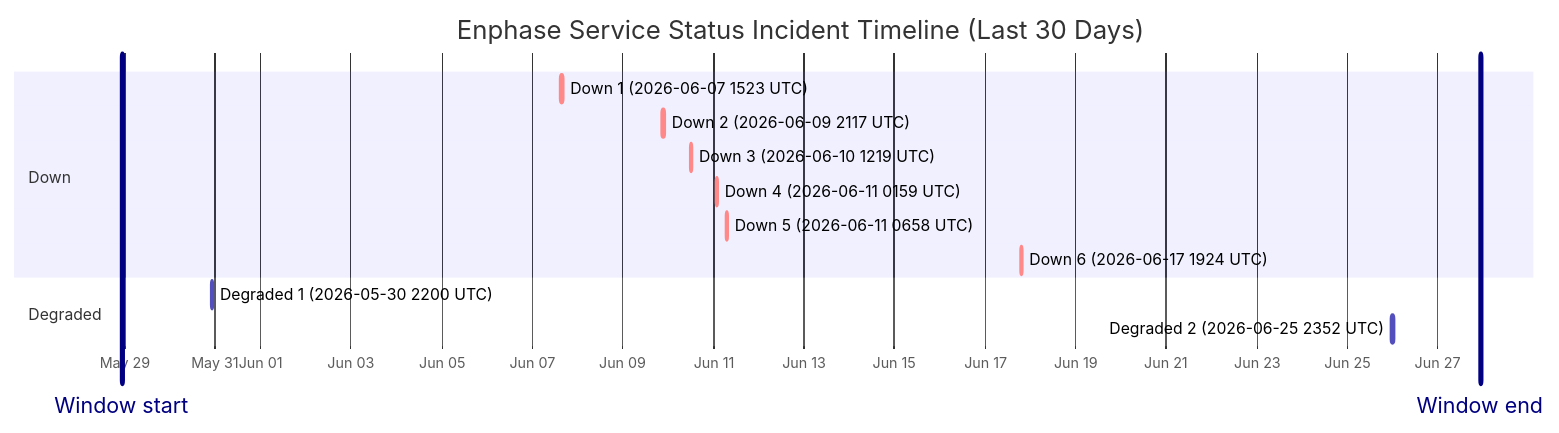
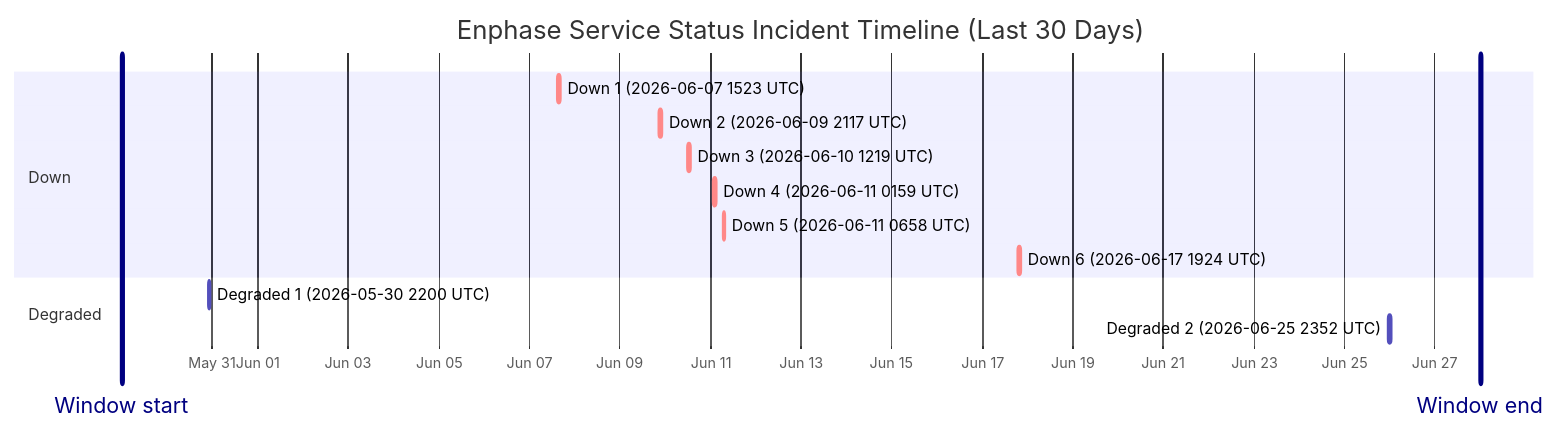
The diagram in wiki/Service-Status-History.md (barneyonline/ha-enphase-energy), drawn with Mermaid before and after one commit. The commit also changed other lines of this file and 3 other files, not shown here.

````diff
--- a/wiki/Service-Status-History.md
+++ b/wiki/Service-Status-History.md
@@ -14,18 +14,18 @@
 ```mermaid
 gantt
     title Enphase Service Status Incident Timeline (Last 30 Days)
     dateFormat  YYYY-MM-DDTHH:mm:ss
     axisFormat  %b %d
-    Window start :vert, window-start, 2026-05-28T22:35:10, 0ms
-    Window end :vert, window-end, 2026-06-27T22:35:10, 0ms
+    Window start :vert, window-start, 2026-05-29T00:00:57, 0ms
+    Window end :vert, window-end, 2026-06-28T00:00:57, 0ms
     section Down
     Down 1 (2026-06-07 1523 UTC) :crit, down-1, 2026-06-07T15:23:22, 87m
     Down 2 (2026-06-09 2117 UTC) :crit, down-2, 2026-06-09T21:17:17, 60m
     Down 3 (2026-06-10 1219 UTC) :crit, down-3, 2026-06-10T12:19:21, 60m
     Down 4 (2026-06-11 0159 UTC) :crit, down-4, 2026-06-11T01:59:36, 60m
     Down 5 (2026-06-11 0658 UTC) :crit, down-5, 2026-06-11T06:58:45, 60m
     Down 6 (2026-06-17 1924 UTC) :crit, down-6, 2026-06-17T19:24:51, 60m
     section Degraded
     Degraded 1 (2026-05-30 2200 UTC) :active, degraded-1, 2026-05-30T22:00:37, 60m
     Degraded 2 (2026-06-25 2352 UTC) :active, degraded-2, 2026-06-25T23:52:01, 60m
 ```
````
